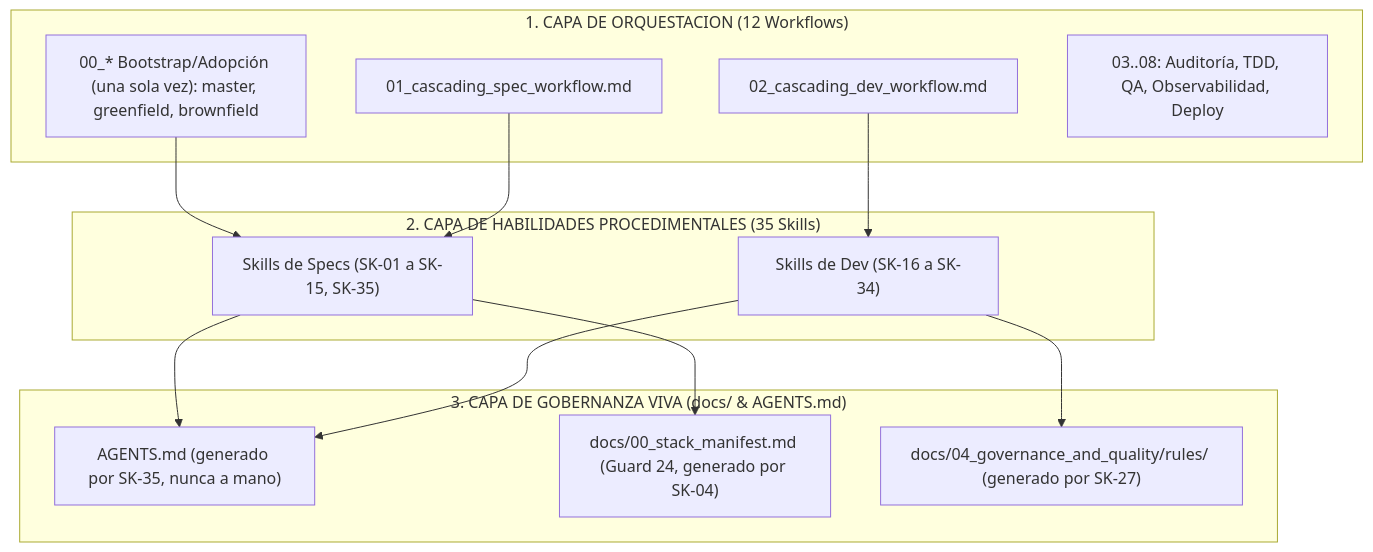
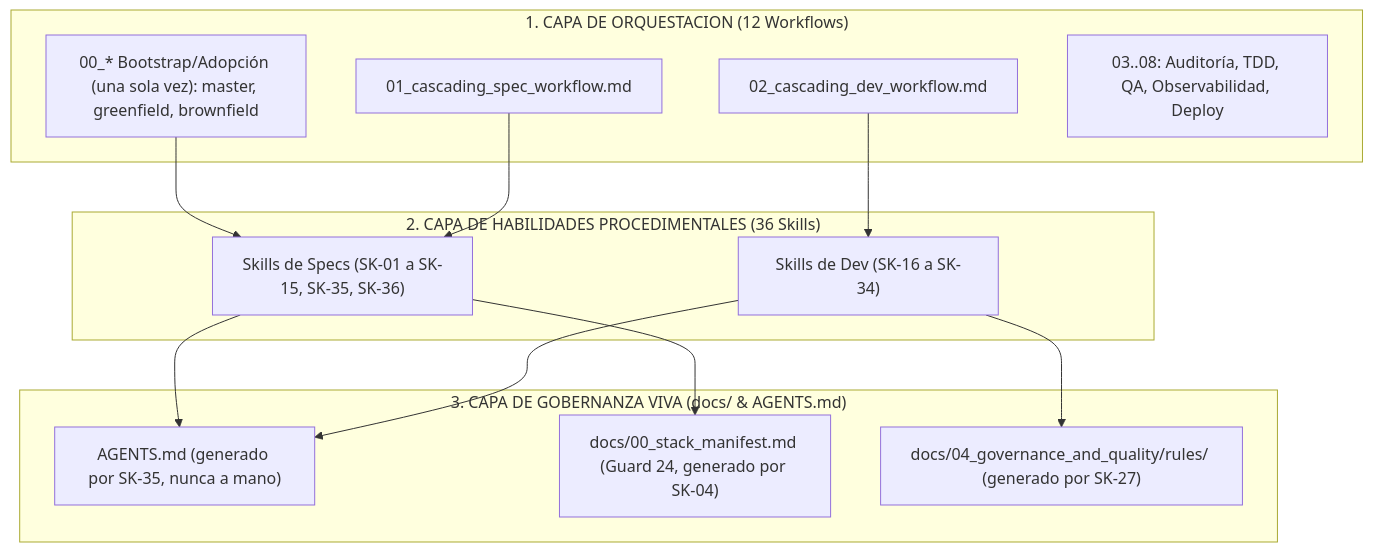
The diagram in .agents/README.md (LIDR-academy/AI4Devs-finalproject), drawn with Mermaid before and after one commit. The commit also changed other lines of this file and 4 other files, not shown here.

````diff
--- a/.agents/README.md
+++ b/.agents/README.md
@@ -52,28 +52,28 @@
 ```mermaid
 flowchart TD
     subgraph CAPA1 ["1. CAPA DE ORQUESTACION (12 Workflows)"]
         W00["00_* Bootstrap/Adopción (una sola vez): master, greenfield, brownfield"]
         W01["01_cascading_spec_workflow.md"]
         W02["02_cascading_dev_workflow.md"]
         W0X["03..08: Auditoría, TDD, QA, Observabilidad, Deploy"]
     end
 
-    subgraph CAPA2 ["2. CAPA DE HABILIDADES PROCEDIMENTALES (35 Skills)"]
-        S_Spec["Skills de Specs (SK-01 a SK-15, SK-35)"]
+    subgraph CAPA2 ["2. CAPA DE HABILIDADES PROCEDIMENTALES (36 Skills)"]
+        S_Spec["Skills de Specs (SK-01 a SK-15, SK-35, SK-36)"]
         S_Dev["Skills de Dev (SK-16 a SK-34)"]
     end
 
     subgraph CAPA3 ["3. CAPA DE GOBERNANZA VIVA (docs/ & AGENTS.md)"]
         AGENTS["AGENTS.md (generado por SK-35, nunca a mano)"]
         StackManifest["docs/00_stack_manifest.md (Guard 24, generado por SK-04)"]
         Rules["docs/04_governance_and_quality/rules/ (generado por SK-27)"]
     end
 
     W00 --> S_Spec
     W01 --> S_Spec
     W02 --> S_Dev
     S_Spec --> AGENTS
     S_Spec --> StackManifest
     S_Dev --> AGENTS
     S_Dev --> Rules
 ```
````
